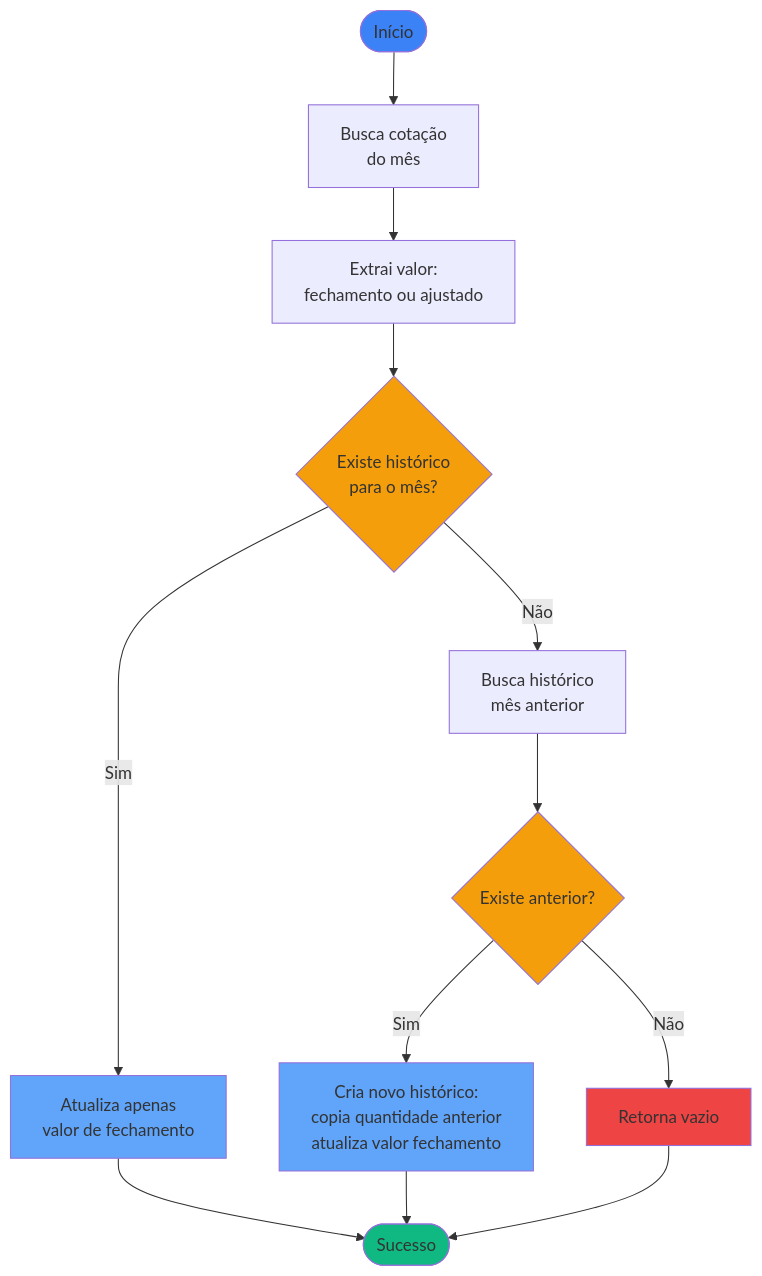
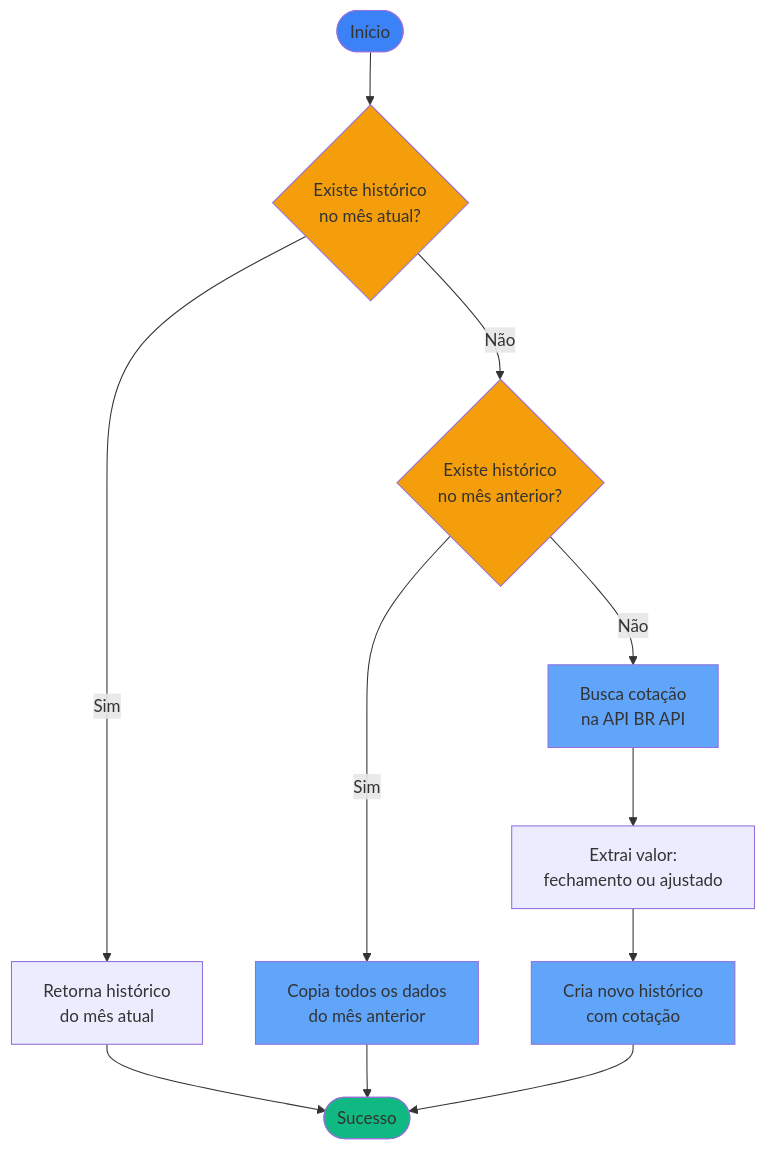
The third of 3 diagrams in docs/RN - Criar novo registro de histórico.md (enirsilvaferraz/Investments-KMP), drawn with Mermaid before and after one commit. The commit also changed other lines of this file and 1 other file, not shown here.

Commit message:
refactor: Optimize variable income history creation strategy
This commit updates the strategy for creating variable income history entries to prioritize copying data from the previous month instead of always fetching current quotes. This aligns the behavior with Fixed Income/Funds logic and reduces external API calls.

### Key Changes:

-   **Documentation:**
    -   Updated the flowchart and rules in `RN - Criar novo registro de histórico.md` to establish the new priority flow: Existing History -> Copy Previous Month -> API Quote.
    -   Added justification regarding auto-fill improvements and API usage reduction.

-   **Domain Logic (`CopyHistoryStrategy`):**
    -   Refactored `VariableIncomeCopyStrategy` to immediately return the current month's history if it already exists.
    -   Added logic to check for the previous month's history; if found, it now copies both the quantity and the value directly, skipping the API call.
    -   Restricted `getQuotesUseCase` execution to occur only when no previous history is available.
    -   Added error handling for the API call to return `null` on failure (triggering empty record creation) instead of throwing exceptions.

````diff
--- a/docs/RN - Criar novo registro de histórico.md
+++ b/docs/RN - Criar novo registro de histórico.md
@@ -92,25 +92,21 @@
 ```mermaid
 flowchart TD
-    Start([Início]) --> Quote[Busca cotação<br/>do mês]
-    Quote --> Extract[Extrai valor:<br/>fechamento ou ajustado]
-    Extract --> Check{Existe histórico<br/>para o mês?}
-    
-    Check -->|Sim| Update[Atualiza apenas<br/>valor de fechamento]
-    Check -->|Não| Previous[Busca histórico<br/>mês anterior]
-    
-    Previous --> HasPrev{Existe anterior?}
-    HasPrev -->|Sim| Create[Cria novo histórico:<br/>copia quantidade anterior<br/>atualiza valor fechamento]
-    HasPrev -->|Não| Fail[Retorna vazio]
-    
-    Update --> Success([Sucesso])
-    Create --> Success
-    Fail --> Success
+    Start([Início]) --> CheckCurrent{Existe histórico<br/>no mês atual?}
+    CheckCurrent -->|Sim| ReturnCurrent[Retorna histórico<br/>do mês atual]
+    CheckCurrent -->|Não| CheckPrevious{Existe histórico<br/>no mês anterior?}
+    CheckPrevious -->|Sim| CopyPrevious[Copia todos os dados<br/>do mês anterior]
+    CheckPrevious -->|Não| GetQuote[Busca cotação<br/>na API BR API]
+    GetQuote --> Extract[Extrai valor:<br/>fechamento ou ajustado]
+    Extract --> CreateNew[Cria novo histórico<br/>com cotação]
+    ReturnCurrent --> Success([Sucesso])
+    CopyPrevious --> Success
+    CreateNew --> Success
     
     style Start fill:#3b82f6
     style Success fill:#10b981
-    style Check fill:#f59e0b
-    style HasPrev fill:#f59e0b
-    style Update fill:#60a5fa
-    style Create fill:#60a5fa
-    style Fail fill:#ef4444
+    style CheckCurrent fill:#f59e0b
+    style CheckPrevious fill:#f59e0b
+    style CopyPrevious fill:#60a5fa
+    style GetQuote fill:#60a5fa
+    style CreateNew fill:#60a5fa
 ```
````
